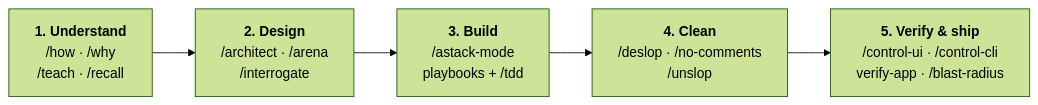
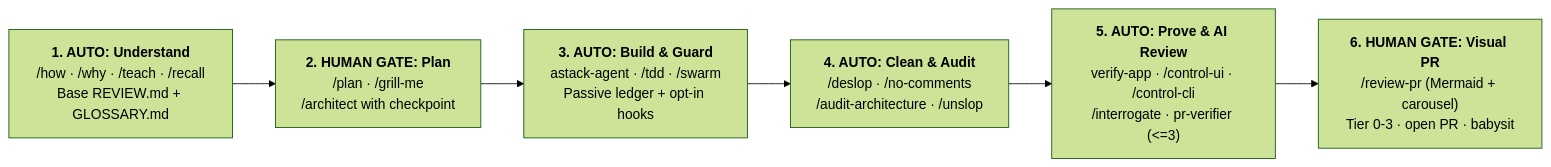
Before and after one commit to jmxt3/astack: the second of 2 diagrams in docs/user-guide.md, drawn with Mermaid (forest theme). The commit also changed other lines of this file and 8 other files, not shown here.

Commit message:
docs(astack): sync v0.4 counts, hooks, CLIs, and 6-stage flow across docs

````diff
--- a/docs/user-guide.md
+++ b/docs/user-guide.md
@@ -135,20 +135,23 @@
 ```mermaid
 flowchart LR
-    S1["`**1. Understand**
-/how · /why
-/teach · /recall`"]
-    S2["`**2. Design**
-/architect · /arena
-/interrogate`"]
-    S3["`**3. Build**
-/astack-mode
-playbooks + /tdd`"]
-    S4["`**4. Clean**
+    S1["`**1. AUTO: Understand**
+/how · /why · /teach · /recall
+Base REVIEW.md + GLOSSARY.md`"]
+    S2["`**2. HUMAN GATE: Plan**
+/plan · /grill-me
+/architect with checkpoint`"]
+    S3["`**3. AUTO: Build & Guard**
+astack-agent · /tdd · /swarm
+Passive ledger + opt-in hooks`"]
+    S4["`**4. AUTO: Clean & Audit**
 /deslop · /no-comments
-/unslop`"]
-    S5["`**5. Verify & ship**
-/control-ui · /control-cli
-verify-app · /blast-radius`"]
+/audit-architecture · /unslop`"]
+    S5["`**5. AUTO: Prove & AI Review**
+verify-app · /control-ui · /control-cli
+/interrogate · pr-verifier (<=3)`"]
+    S6["`**6. HUMAN GATE: Visual PR**
+/review-pr (Mermaid + carousel)
+Tier 0-3 · open PR · babysit`"]
 
-    S1 --> S2 --> S3 --> S4 --> S5
+    S1 --> S2 --> S3 --> S4 --> S5 --> S6
 ```
````
